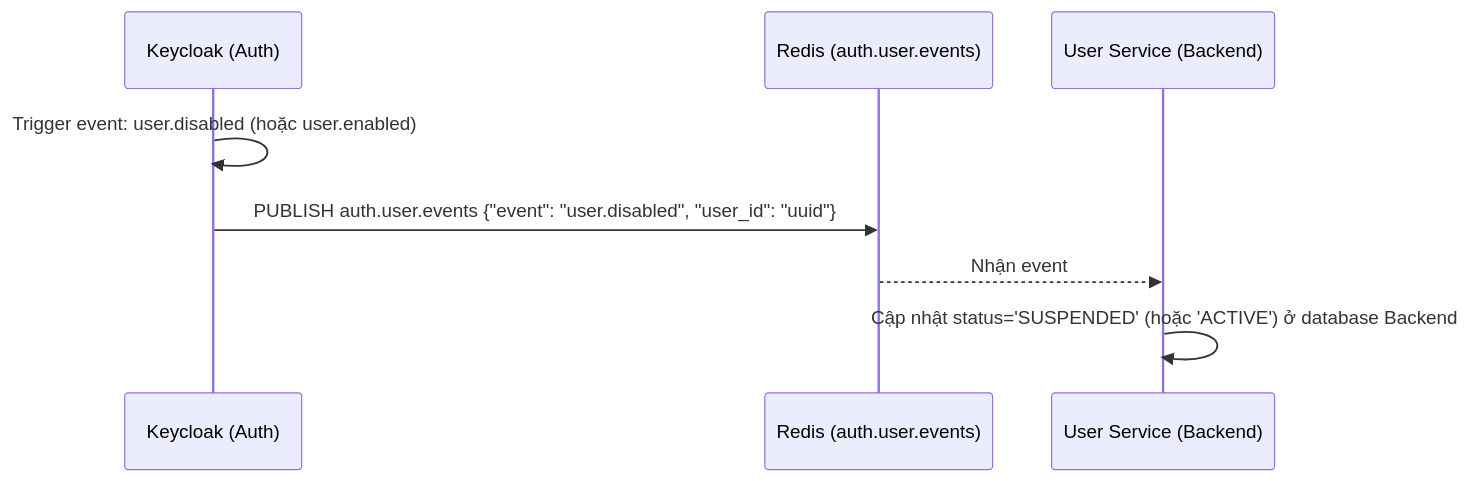
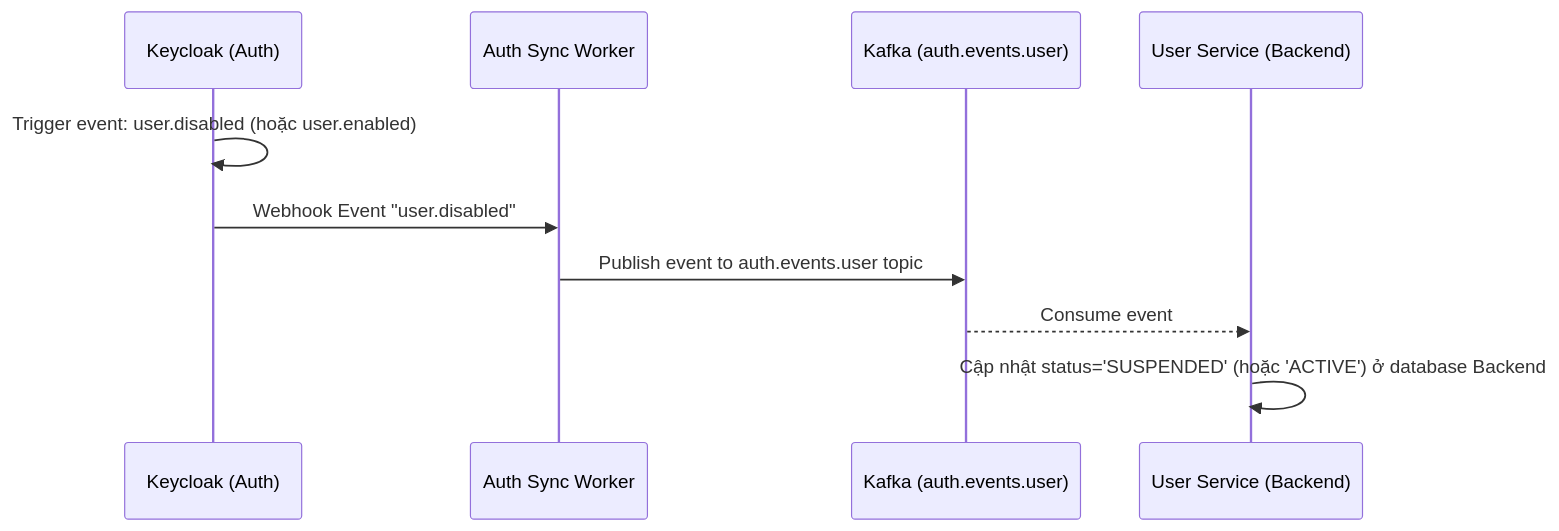
Before and after one commit to hugg4u/solavie-platform: the third of 4 diagrams in specs/services/user/design.md, drawn with Mermaid. The commit also changed other lines of this file and 33 other files, not shown here.

Commit message:
docs: update architecture and service specs for 6 kafka event-driven flows

````diff
--- a/specs/services/user/design.md
+++ b/specs/services/user/design.md
@@ -177,11 +177,13 @@
 ```mermaid
 sequenceDiagram
     participant KC as Keycloak (Auth)
-    participant Redis as Redis (auth.user.events)
+    participant Worker as Auth Sync Worker
+    participant Kafka as Kafka (auth.events.user)
     participant US as User Service (Backend)
 
     KC->>KC: Trigger event: user.disabled (hoặc user.enabled)
-    KC->>Redis: PUBLISH auth.user.events {"event": "user.disabled", "user_id": "uuid"}
-    Redis-->>US: Nhận event
+    KC->>Worker: Webhook Event "user.disabled"
+    Worker->>Kafka: Publish event to auth.events.user topic
+    Kafka-->>US: Consume event
     US->>US: Cập nhật status='SUSPENDED' (hoặc 'ACTIVE') ở database Backend
 ```
````
